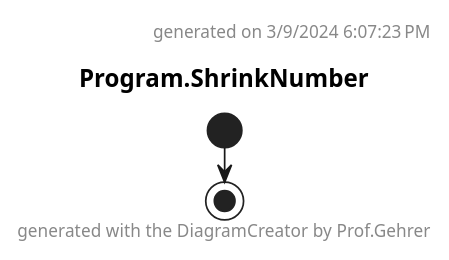
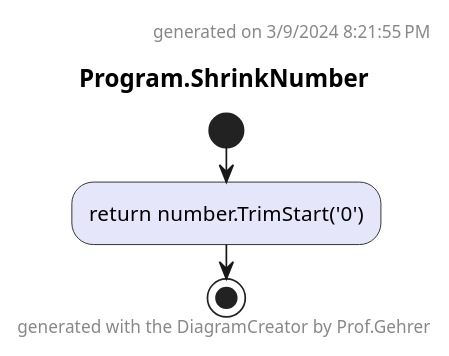
One commit to leoggehrer/2324-34_ABIF_ACIF_POSE changed the diagram in BinaryAdder.ConApp/Diagrams/ac_Program_ShrinkNumber.puml. Above: the diagram before and after it, drawn with PlantUML. The commit also changed 204 other files, not shown here.

Commit message:
Created activity diagrams.

```diff
--- a/BinaryAdder.ConApp/Diagrams/ac_Program_ShrinkNumber.puml
+++ b/BinaryAdder.ConApp/Diagrams/ac_Program_ShrinkNumber.puml
@@ -1,11 +1,12 @@
 @startuml Program.ShrinkNumber
 header
-generated on 3/9/2024 6:07:23 PM
+generated on 3/9/2024 8:21:55 PM
 end header
 title Program.ShrinkNumber
 start
+#Lavender:return number.TrimStart('0');
 footer
 generated with the DiagramCreator by Prof.Gehrer
 end footer
 stop
 @enduml
```
